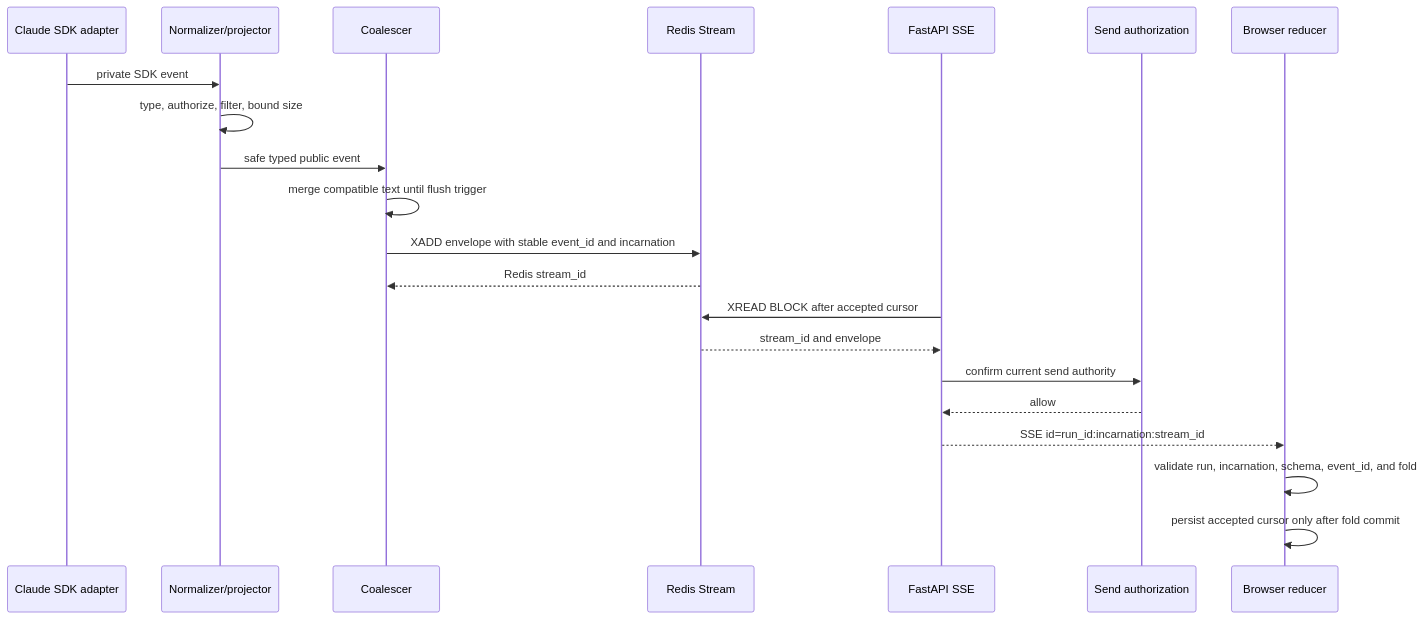
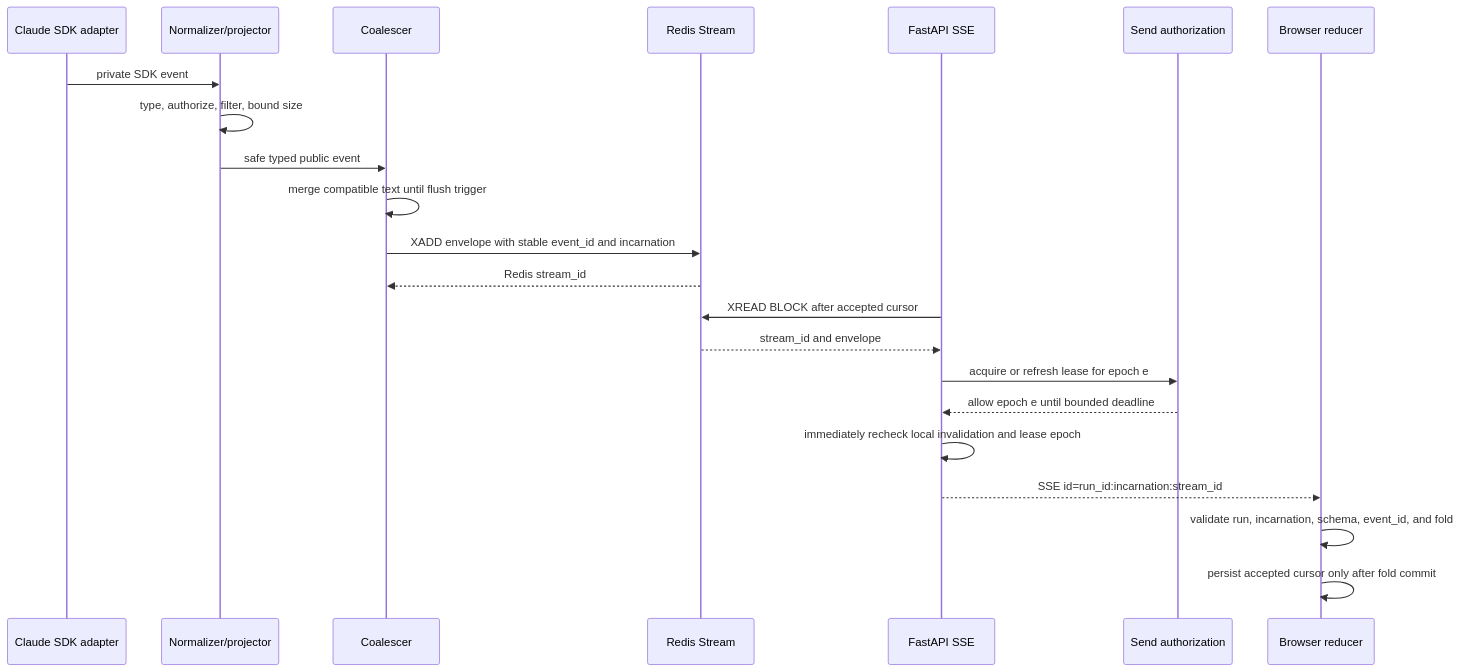
The second of 8 diagrams in docs/architecture/redis-streams-sse-event-channel.md (demonsxxxxxx/ai-platform), drawn with Mermaid before and after one commit. The commit also changed other lines of this file and 3 other files, not shown here.

````diff
--- a/docs/architecture/redis-streams-sse-event-channel.md
+++ b/docs/architecture/redis-streams-sse-event-channel.md
@@ -221,24 +263,25 @@
 ```mermaid
 sequenceDiagram
     participant SDK as Claude SDK adapter
     participant N as Normalizer/projector
     participant C as Coalescer
     participant R as Redis Stream
     participant A as FastAPI SSE
     participant Auth as Send authorization
     participant B as Browser reducer
 
     SDK->>N: private SDK event
     N->>N: type, authorize, filter, bound size
     N->>C: safe typed public event
     C->>C: merge compatible text until flush trigger
     C->>R: XADD envelope with stable event_id and incarnation
     R-->>C: Redis stream_id
     A->>R: XREAD BLOCK after accepted cursor
     R-->>A: stream_id and envelope
-    A->>Auth: confirm current send authority
-    Auth-->>A: allow
+    A->>Auth: acquire or refresh lease for epoch e
+    Auth-->>A: allow epoch e until bounded deadline
+    A->>A: immediately recheck local invalidation and lease epoch
     A-->>B: SSE id=run_id:incarnation:stream_id
     B->>B: validate run, incarnation, schema, event_id, and fold
     B->>B: persist accepted cursor only after fold commit
 ```
````
